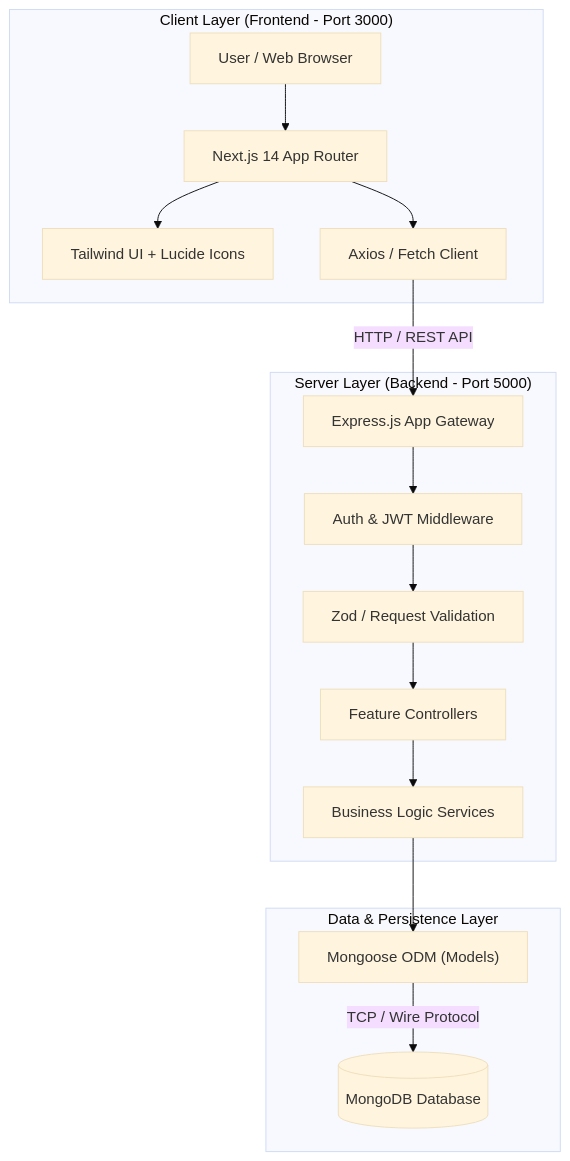
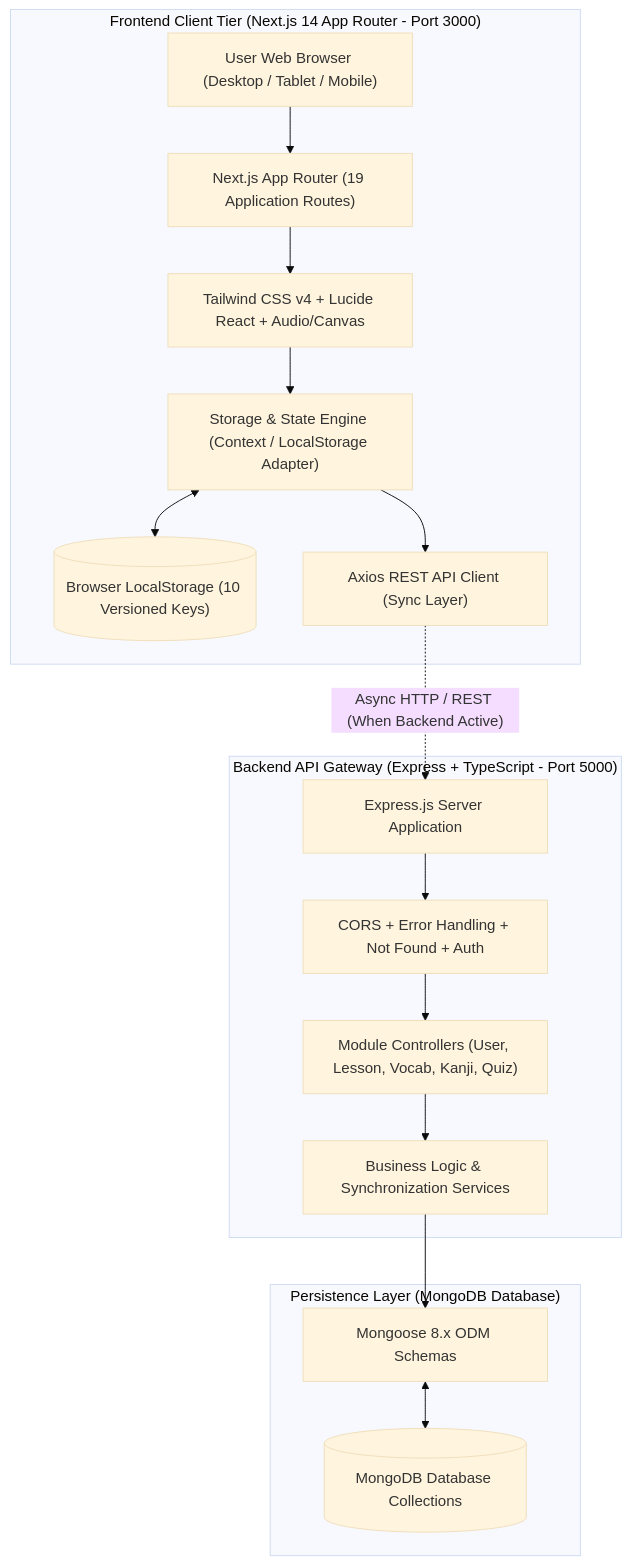
The first of 4 diagrams in PRD_AND_PLAN.md (YEL-59/Nihongo-Journey), drawn with Mermaid (base theme) before and after one commit. The commit also changed other lines of this file and 47 other files, not shown here.

````diff
--- a/PRD_AND_PLAN.md
+++ b/PRD_AND_PLAN.md
@@ -29,32 +44,37 @@
 ```mermaid
 graph TD
-    subgraph ClientLayer ["Client Layer (Frontend - Port 3000)"]
-        UserBrowser["User / Web Browser"]
-        NextApp["Next.js 14 App Router"]
-        UIComponents["Tailwind UI + Lucide Icons"]
-        ApiClient["Axios / Fetch Client"]
-        UserBrowser --> NextApp
-        NextApp --> UIComponents
-        NextApp --> ApiClient
+    subgraph ClientTier ["Frontend Client Tier (Next.js 14 App Router - Port 3000)"]
+        Browser["User Web Browser (Desktop / Tablet / Mobile)"]
+        AppRouter["Next.js App Router (19 Application Routes)"]
+        UIComponents["Tailwind CSS v4 + Lucide React + Audio/Canvas"]
+        StateEngine["Storage & State Engine (Context / LocalStorage Adapter)"]
+        LocalDB[("Browser LocalStorage (10 Versioned Keys)")]
+        ApiClient["Axios REST API Client (Sync Layer)"]
+
+        Browser --> AppRouter
+        AppRouter --> UIComponents
+        UIComponents --> StateEngine
+        StateEngine <--> LocalDB
+        StateEngine --> ApiClient
     end
 
-    subgraph ServerLayer ["Server Layer (Backend - Port 5000)"]
-        ExpressApp["Express.js App Gateway"]
-        AuthMiddleware["Auth & JWT Middleware"]
-        Validator["Zod / Request Validation"]
-        Controllers["Feature Controllers"]
-        Services["Business Logic Services"]
-        ApiClient -->|"HTTP / REST API"| ExpressApp
-        ExpressApp --> AuthMiddleware
-        AuthMiddleware --> Validator
-        Validator --> Controllers
+    subgraph ServerTier ["Backend API Gateway (Express + TypeScript - Port 5000)"]
+        ExpressApp["Express.js Server Application"]
+        Middlewares["CORS + Error Handling + Not Found + Auth"]
+        Controllers["Module Controllers (User, Lesson, Vocab, Kanji, Quiz)"]
+        Services["Business Logic & Synchronization Services"]
+
+        ApiClient -.->|"Async HTTP / REST (When Backend Active)"| ExpressApp
+        ExpressApp --> Middlewares
+        Middlewares --> Controllers
         Controllers --> Services
     end
 
-    subgraph DataLayer ["Data & Persistence Layer"]
-        MongooseODM["Mongoose ODM (Models)"]
-        MongoDb[("MongoDB Database")]
+    subgraph PersistenceTier ["Persistence Layer (MongoDB Database)"]
+        MongooseODM["Mongoose 8.x ODM Schemas"]
+        MongoDB[("MongoDB Database Collections")]
+
         Services --> MongooseODM
-        MongooseODM -->|"TCP / Wire Protocol"| MongoDb
+        MongooseODM <--> MongoDB
     end
 ```
````
